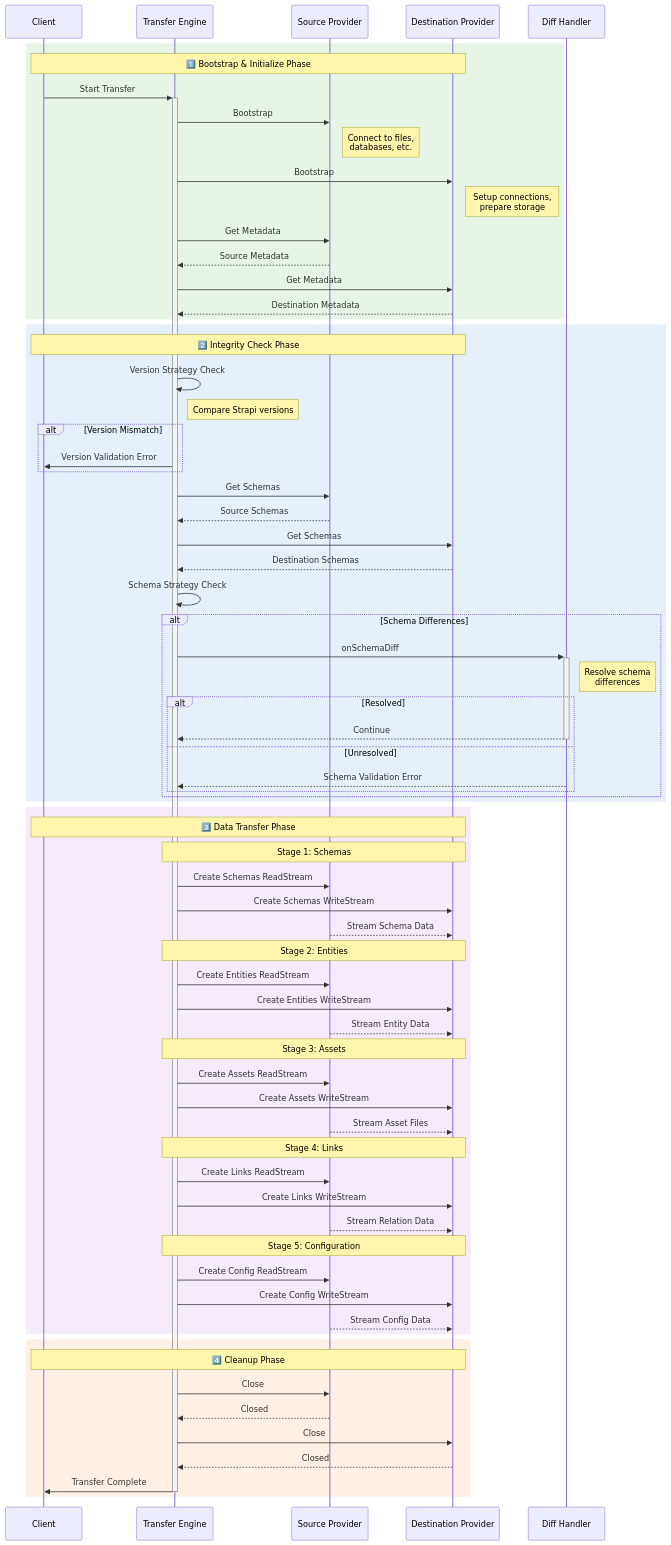
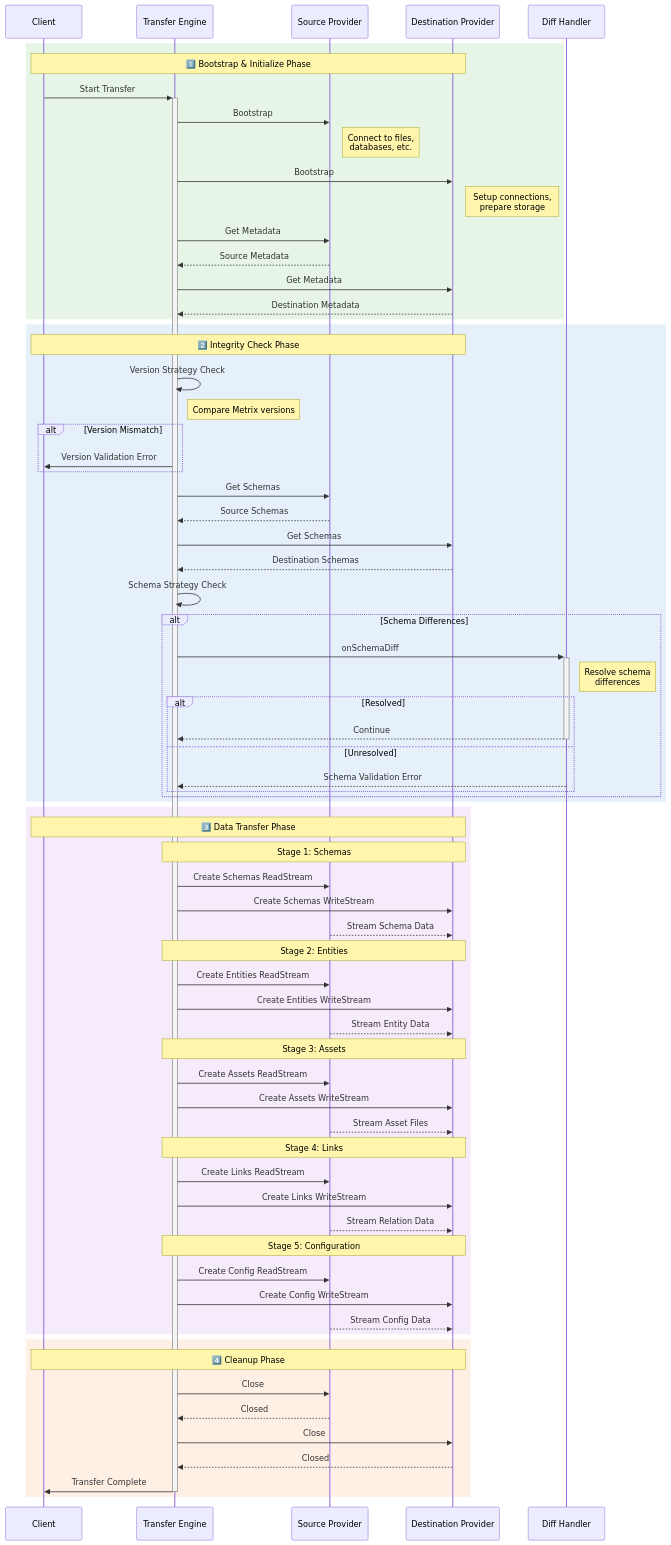
Before and after one commit to Metrix-Labs/metrix: the second of 2 diagrams in docs/docs/docs/01-core/data-transfer/01-engine/01-engine.mdx, drawn with Mermaid. The commit also changed other lines of this file and 2872 other files, not shown here.

Commit message:
Rename Strapi → Metrix: FS moves, packages, code and docs; add codemods and rename scripts

````diff
--- a/docs/docs/docs/01-core/data-transfer/01-engine/01-engine.mdx
+++ b/docs/docs/docs/01-core/data-transfer/01-engine/01-engine.mdx
@@ -85,82 +85,82 @@
 ```mermaid
 sequenceDiagram
     participant Client
     participant TE as Transfer Engine
     participant SP as Source Provider
     participant DP as Destination Provider
     participant DH as Diff Handler
 
     rect rgb(230, 245, 230)
         Note over Client,DP: 1️⃣ Bootstrap & Initialize Phase
         Client->>+TE: Start Transfer
         TE->>SP: Bootstrap
         Note right of SP: Connect to files,<br/>databases, etc.
         TE->>DP: Bootstrap
         Note right of DP: Setup connections,<br/>prepare storage
         TE->>SP: Get Metadata
         SP-->>TE: Source Metadata
         TE->>DP: Get Metadata
         DP-->>TE: Destination Metadata
     end
 
     rect rgb(230, 240, 250)
         Note over Client,DP: 2️⃣ Integrity Check Phase
         TE->>TE: Version Strategy Check
-        Note right of TE: Compare Strapi versions
+        Note right of TE: Compare Metrix versions
         alt Version Mismatch
             TE->>Client: Version Validation Error
         end
         TE->>SP: Get Schemas
         SP-->>TE: Source Schemas
         TE->>DP: Get Schemas
         DP-->>TE: Destination Schemas
         TE->>TE: Schema Strategy Check
         alt Schema Differences
             TE->>+DH: onSchemaDiff
             Note right of DH: Resolve schema<br/>differences
             alt Resolved
                 DH-->>-TE: Continue
             else Unresolved
                 DH-->>TE: Schema Validation Error
             end
         end
     end
 
     rect rgb(245, 235, 250)
         Note over Client,DP: 3️⃣ Data Transfer Phase
 
         Note over TE,DP: Stage 1: Schemas
         TE->>SP: Create Schemas ReadStream
         TE->>DP: Create Schemas WriteStream
         SP-->>DP: Stream Schema Data
 
         Note over TE,DP: Stage 2: Entities
         TE->>SP: Create Entities ReadStream
         TE->>DP: Create Entities WriteStream
         SP-->>DP: Stream Entity Data
 
         Note over TE,DP: Stage 3: Assets
         TE->>SP: Create Assets ReadStream
         TE->>DP: Create Assets WriteStream
         SP-->>DP: Stream Asset Files
 
         Note over TE,DP: Stage 4: Links
         TE->>SP: Create Links ReadStream
         TE->>DP: Create Links WriteStream
         SP-->>DP: Stream Relation Data
 
         Note over TE,DP: Stage 5: Configuration
         TE->>SP: Create Config ReadStream
         TE->>DP: Create Config WriteStream
         SP-->>DP: Stream Config Data
     end
 
     rect rgb(255, 240, 230)
         Note over Client,DP: 4️⃣ Cleanup Phase
         TE->>SP: Close
         SP-->>TE: Closed
         TE->>DP: Close
         DP-->>TE: Closed
         TE->>-Client: Transfer Complete
     end
 ```
````
